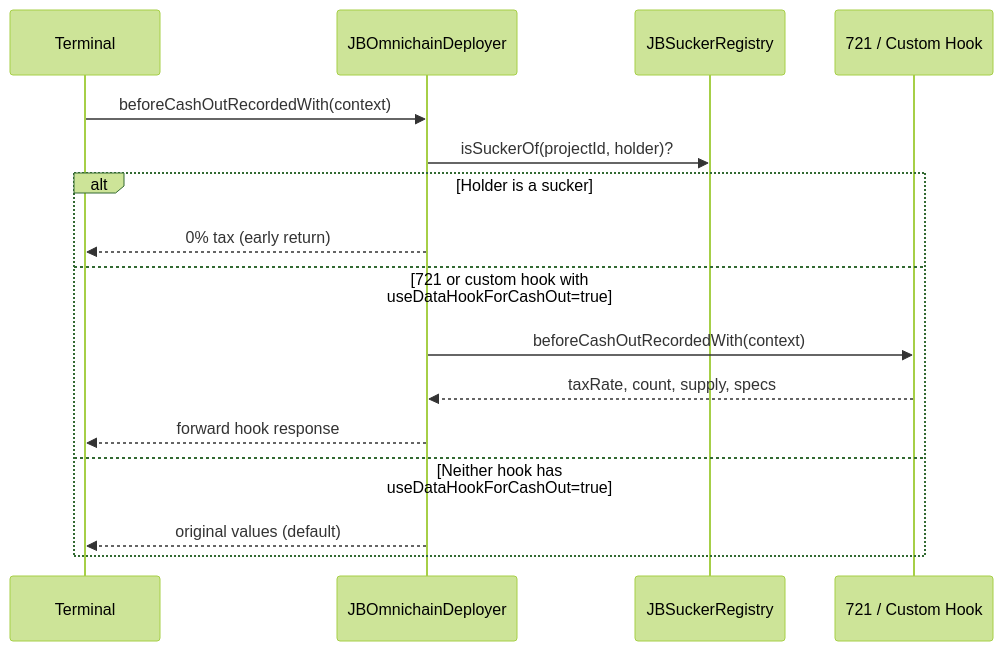
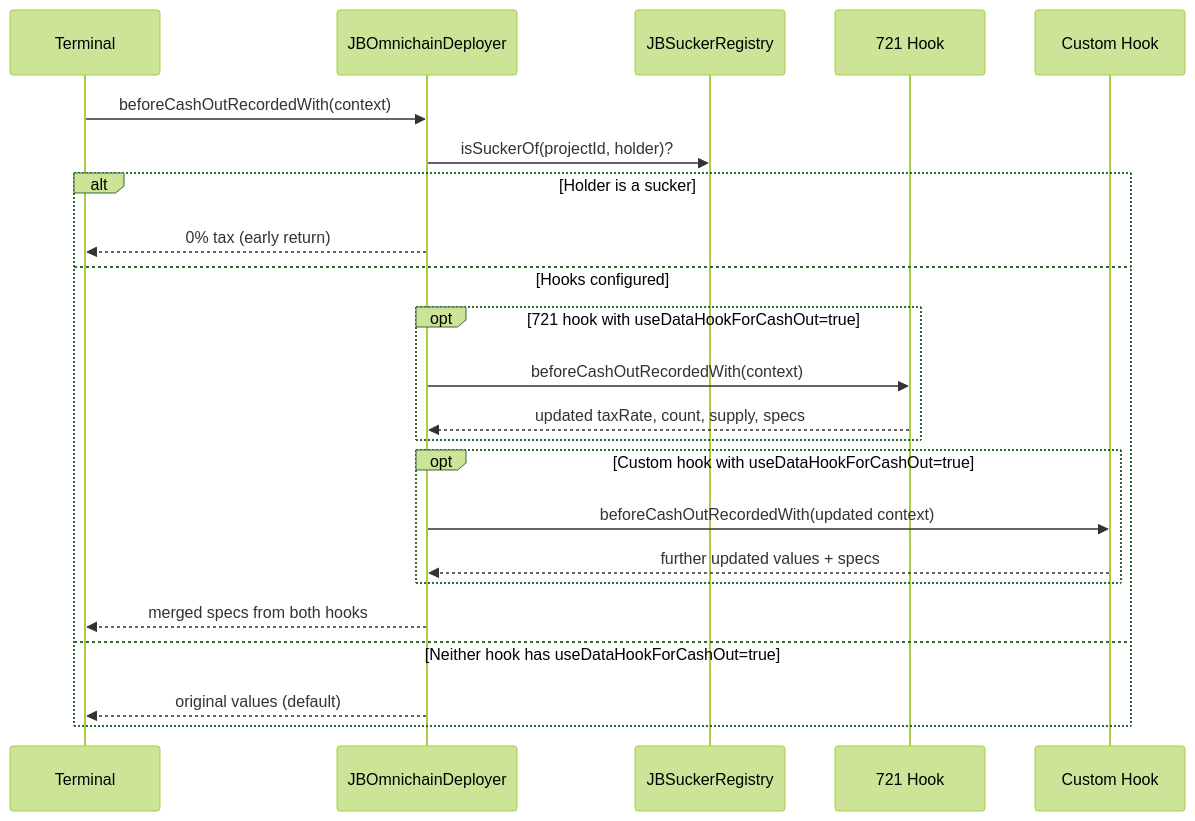
Before and after one commit to Bananapus/nana-omnichain-deployers-v6: the second of 2 diagrams in README.md, drawn with Mermaid (forest theme). The commit also changed other lines of this file and 7 other files, not shown here.

First line of the commit message:
Update docs: cash-out hooks are now composed, not first-match-wins

````diff
--- a/README.md
+++ b/README.md
@@ -44,19 +44,26 @@
 ```mermaid
 sequenceDiagram
     participant Terminal
     participant Deployer as JBOmnichainDeployer
     participant Registry as JBSuckerRegistry
-    participant Hook as 721 / Custom Hook
+    participant Hook721 as 721 Hook
+    participant HookExtra as Custom Hook
 
     Terminal->>Deployer: beforeCashOutRecordedWith(context)
     Deployer->>Registry: isSuckerOf(projectId, holder)?
     alt Holder is a sucker
         Deployer-->>Terminal: 0% tax (early return)
-    else 721 or custom hook with useDataHookForCashOut=true
-        Deployer->>Hook: beforeCashOutRecordedWith(context)
-        Hook-->>Deployer: taxRate, count, supply, specs
-        Deployer-->>Terminal: forward hook response
+    else Hooks configured
+        opt 721 hook with useDataHookForCashOut=true
+            Deployer->>Hook721: beforeCashOutRecordedWith(context)
+            Hook721-->>Deployer: updated taxRate, count, supply, specs
+        end
+        opt Custom hook with useDataHookForCashOut=true
+            Deployer->>HookExtra: beforeCashOutRecordedWith(updated context)
+            HookExtra-->>Deployer: further updated values + specs
+        end
+        Deployer-->>Terminal: merged specs from both hooks
     else Neither hook has useDataHookForCashOut=true
         Deployer-->>Terminal: original values (default)
     end
 ```
````
